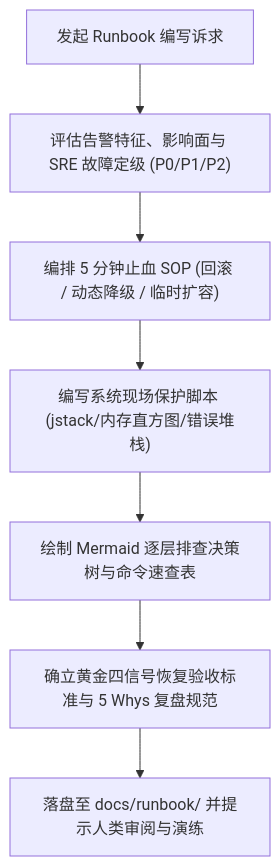
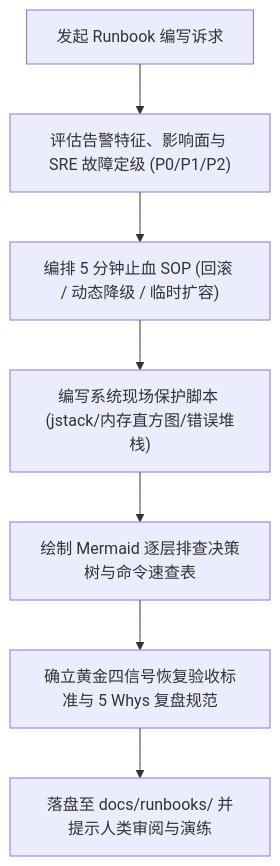
The diagram in docs/skills/at-runbook.md (atengk/skills), drawn with Mermaid before and after one commit. The commit also changed other lines of this file and 31 other files, not shown here.

````diff
--- a/docs/skills/at-runbook.md
+++ b/docs/skills/at-runbook.md
@@ -42,9 +42,9 @@
 ```mermaid
 flowchart TD
     Start["发起 Runbook 编写诉求"] --> Triage["评估告警特征、影响面与 SRE 故障定级 (P0/P1/P2)"]
     Triage --> StopBleed["编排 5 分钟止血 SOP (回滚 / 动态降级 / 临时扩容)"]
     StopBleed --> Snapshot["编写系统现场保护脚本 (jstack/内存直方图/错误堆栈)"]
     Snapshot --> Tree["绘制 Mermaid 逐层排查决策树与命令速查表"]
     Tree --> Recovery["确立黄金四信号恢复验收标准与 5 Whys 复盘规范"]
-    Recovery --> Output["落盘至 docs/runbook/ 并提示人类审阅与演练"]
+    Recovery --> Output["落盘至 docs/runbooks/ 并提示人类审阅与演练"]
 ```
````
